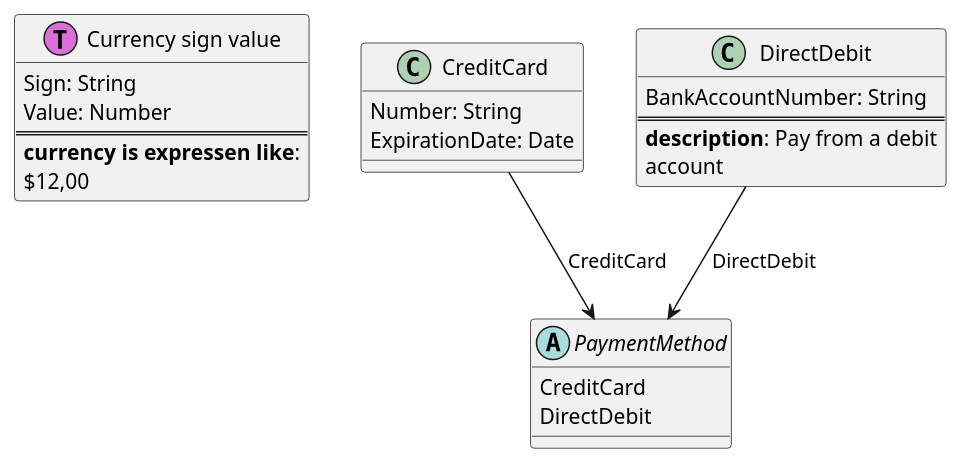
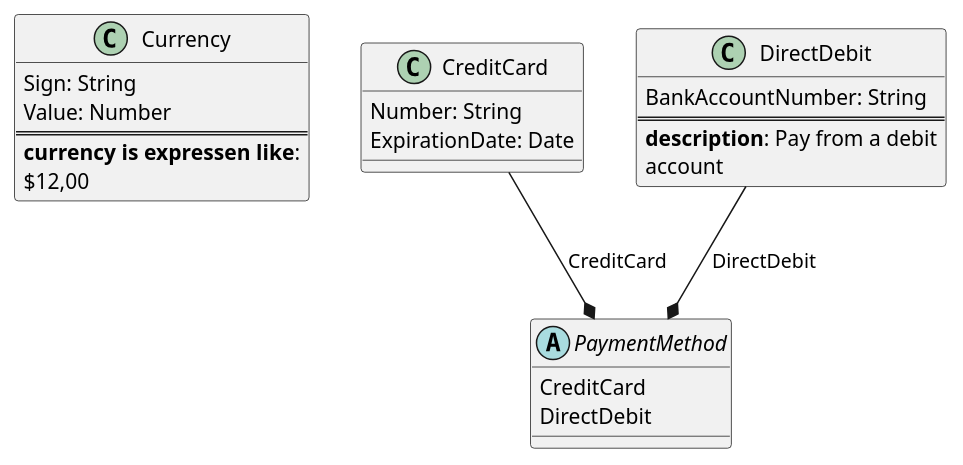
Before and after one commit to Baudin999/car-lang: the diagram in Examples/output/v0.0.1/Financial/Financial.puml, drawn with PlantUML. The commit also changed 56 other files, not shown here.

```diff
--- a/Examples/output/v0.0.1/Financial/Financial.puml
+++ b/Examples/output/v0.0.1/Financial/Financial.puml
@@ -1,23 +1,23 @@
-class "Currency sign value" as Currency << (T,orchid) >> {
+class "Currency" as Currency  {
 	Sign: String 
 	Value: Number 
 ===
   <b>currency is expressen like</b>:
  $12,00
 }
 class "CreditCard" as CreditCard  {
 	Number: String 
 	ExpirationDate: Date 
 }
 class "DirectDebit" as DirectDebit  {
 	BankAccountNumber: String 
 ===
   <b>description</b>: Pay from a debit
  account
 }
 abstract "PaymentMethod" as PaymentMethod {
 	CreditCard 
 	DirectDebit 
 }
-CreditCard --> PaymentMethod : CreditCard
-DirectDebit --> PaymentMethod : DirectDebit
+CreditCard --* PaymentMethod : CreditCard
+DirectDebit --* PaymentMethod : DirectDebit
```
